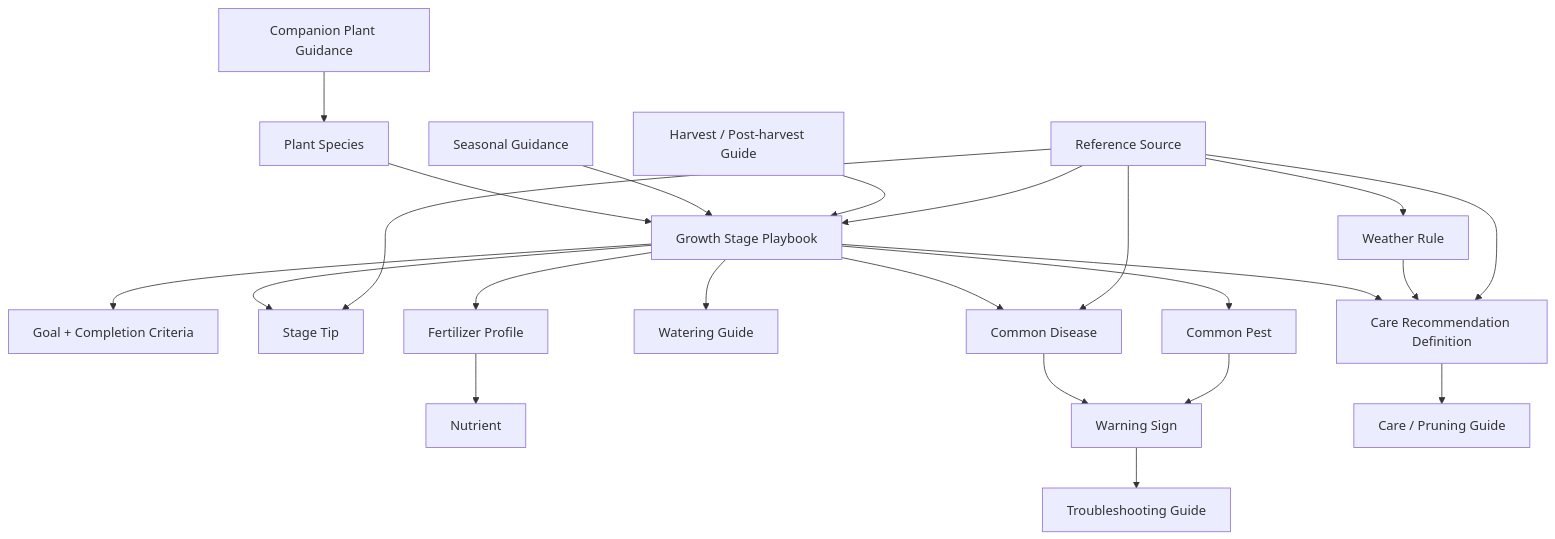
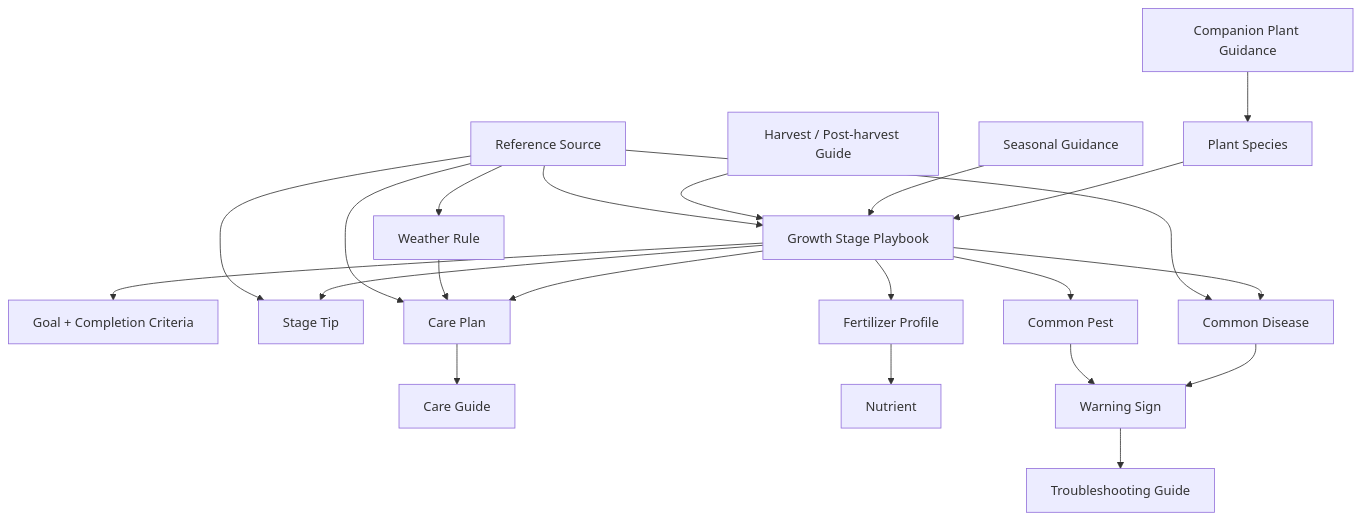
One commit to tandat2209/sotaytrongcay changed the first of 2 diagrams in docs/KNOWLEDGE_BASE_ARCHITECTURE.md. Above: the diagram before and after it, drawn with Mermaid. The commit also changed other lines of this file and 89 other files, not shown here.

````diff
--- a/docs/KNOWLEDGE_BASE_ARCHITECTURE.md
+++ b/docs/KNOWLEDGE_BASE_ARCHITECTURE.md
@@ -36,25 +36,24 @@
 ```mermaid
 flowchart TD
     Species["Plant Species"] --> Stage["Growth Stage Playbook"]
     Stage --> Goal["Goal + Completion Criteria"]
     Stage --> Tip["Stage Tip"]
-    Stage --> Recommendation["Care Recommendation Definition"]
-    Stage --> Water["Watering Guide"]
+    Recommendation["Care Plan"] --> Care["Care Guide"]
+    Stage --> Recommendation
     Stage --> Fert["Fertilizer Profile"]
     Fert --> Nutrient["Nutrient"]
     Stage --> Disease["Common Disease"]
     Stage --> Pest["Common Pest"]
     Disease --> Sign["Warning Sign"]
     Pest --> Sign
     Sign --> Troubleshoot["Troubleshooting Guide"]
-    Recommendation --> Care["Care / Pruning Guide"]
     Weather["Weather Rule"] --> Recommendation
     Seasonal["Seasonal Guidance"] --> Stage
     Harvest["Harvest / Post-harvest Guide"] --> Stage
     Companion["Companion Plant Guidance"] --> Species
     Source["Reference Source"] --> Stage
     Source --> Tip
     Source --> Recommendation
     Source --> Weather
     Source --> Disease
 ```
````
